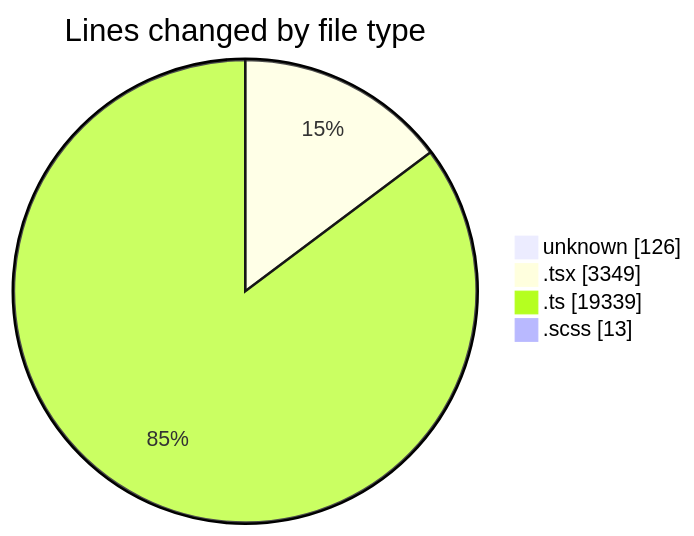
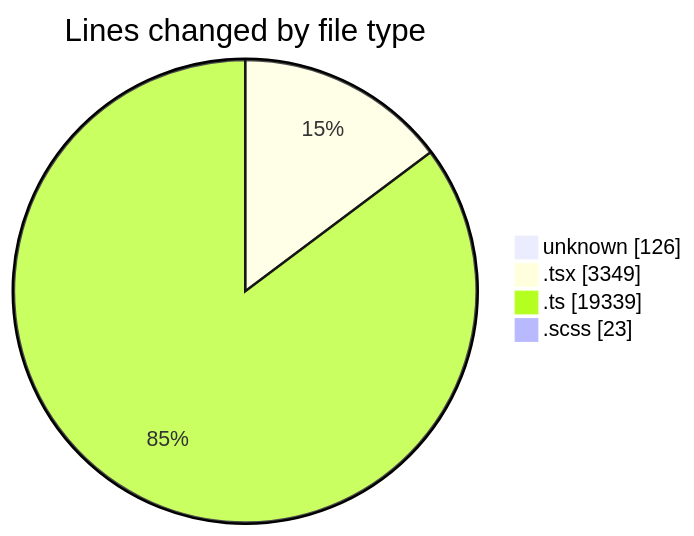
Before and after one commit to momahboobian/code-tracking: the first of 2 diagrams in 2026-09-23/cda/README.md, drawn with Mermaid. The commit also changed other lines of this file and 1 other file, not shown here.

````diff
--- a/2026-09-23/cda/README.md
+++ b/2026-09-23/cda/README.md
@@ -37,8 +37,8 @@
 ```mermaid
 pie showData
 title Lines changed by file type
 "unknown" : 126
 ".tsx" : 3349
 ".ts" : 19339
-".scss" : 13
+".scss" : 23
 ```
````
